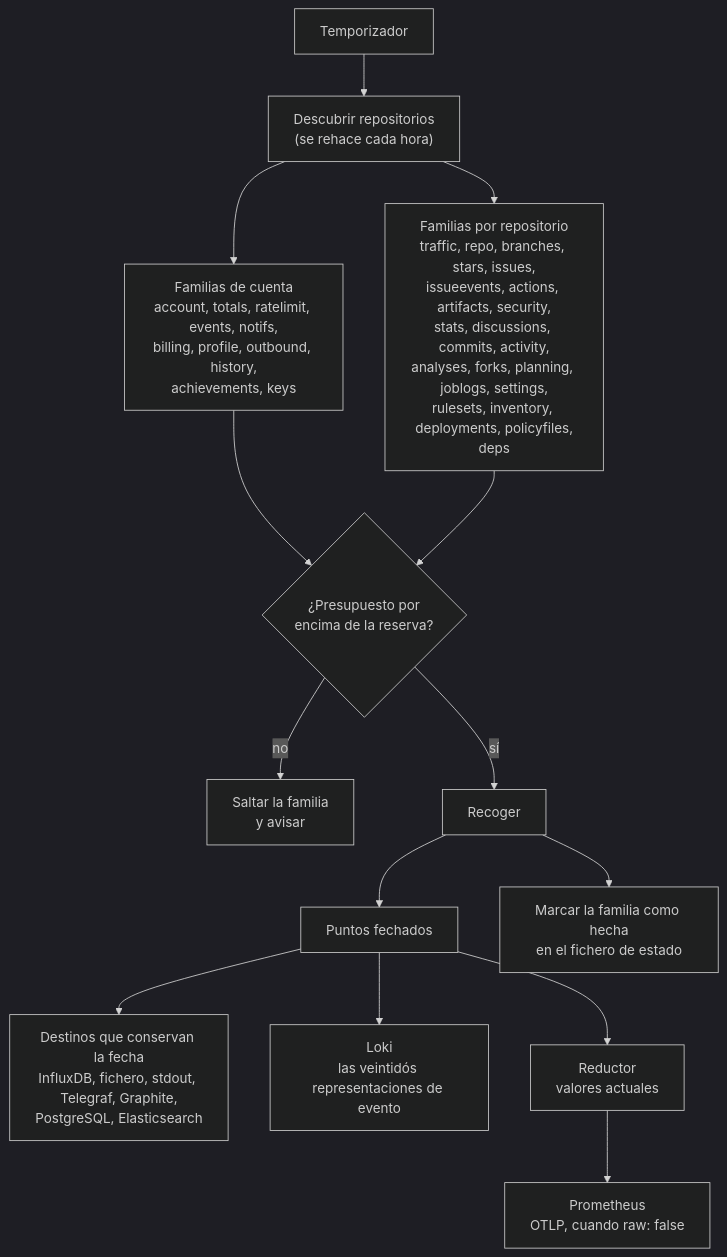
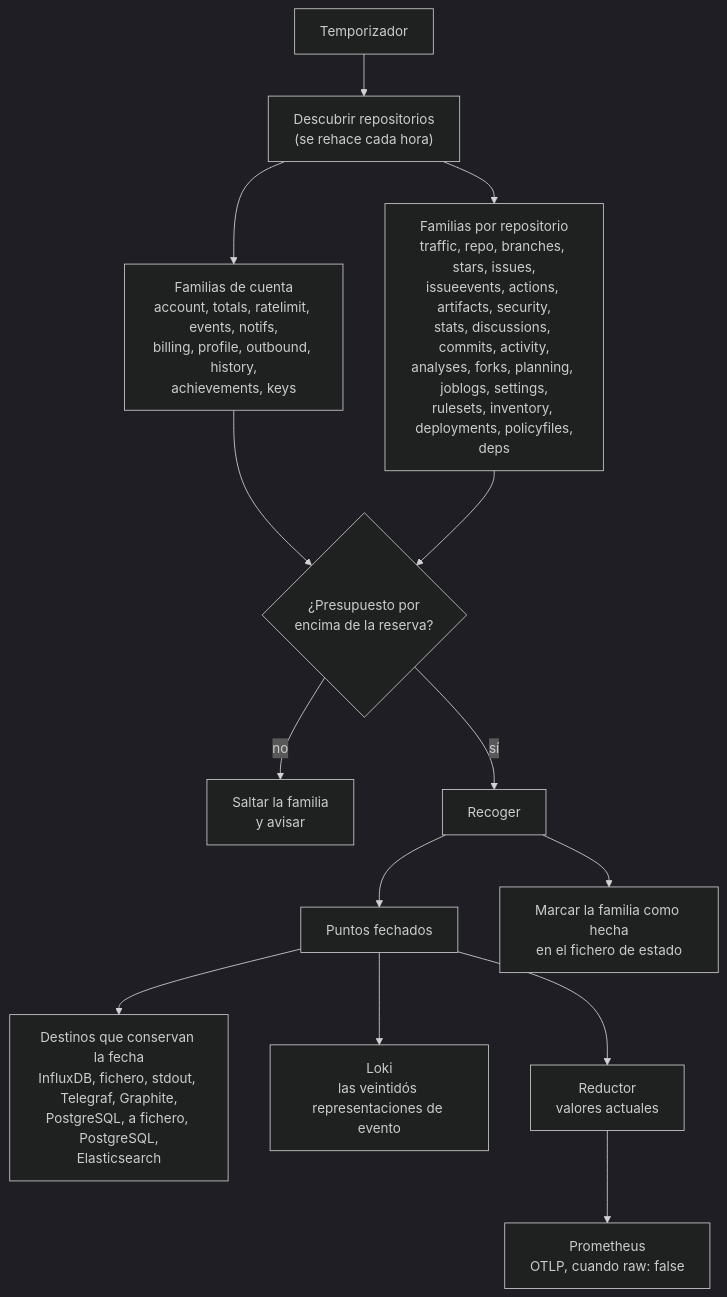
One commit to actions-marketplace-validations/jmrplens_ghchronicle changed the diagram in site/src/content/docs/es/how/index.mdx. Above: the diagram before and after it, drawn with Mermaid (dark theme). The commit also changed 41 other files, not shown here.

````diff
--- a/site/src/content/docs/es/how/index.mdx
+++ b/site/src/content/docs/es/how/index.mdx
@@ -17,17 +17,17 @@
 ```mermaid
 %% Generated by site/scripts/gen-figures.mjs from internal/config/config.go and internal/run/runner.go
 flowchart TD
     T["Temporizador"] --> D["Descubrir repositorios<br/>(se rehace cada hora)"]
     D --> A["Familias de cuenta<br/>account, totals, ratelimit, events, notifs,<br/>billing, profile, outbound, history,<br/>achievements, keys"]
     D --> R["Familias por repositorio<br/>traffic, repo, branches, stars, issues,<br/>issueevents, actions, artifacts, security,<br/>stats, discussions, commits, activity,<br/>analyses, forks, planning, joblogs, settings,<br/>rulesets, inventory, deployments, policyfiles,<br/>deps"]
     A --> B{"¿Presupuesto por<br/>encima de la reserva?"}
     R --> B
     B -- "no" --> S["Saltar la familia<br/>y avisar"]
     B -- "sí" --> C["Recoger"]
     C --> P["Puntos fechados"]
-    P --> H["Destinos que conservan la fecha<br/>InfluxDB, fichero, stdout, Telegraf, Graphite,<br/>PostgreSQL, Elasticsearch"]
+    P --> H["Destinos que conservan la fecha<br/>InfluxDB, fichero, stdout, Telegraf, Graphite,<br/>PostgreSQL, a fichero, PostgreSQL,<br/>Elasticsearch"]
     P --> L["Loki<br/>las veintidós representaciones de evento"]
     P --> RD["Reductor<br/>valores actuales"]
     RD --> G["Prometheus<br/>OTLP, cuando raw: false"]
     C --> M["Marcar la familia como hecha<br/>en el fichero de estado"]
 ```
````
